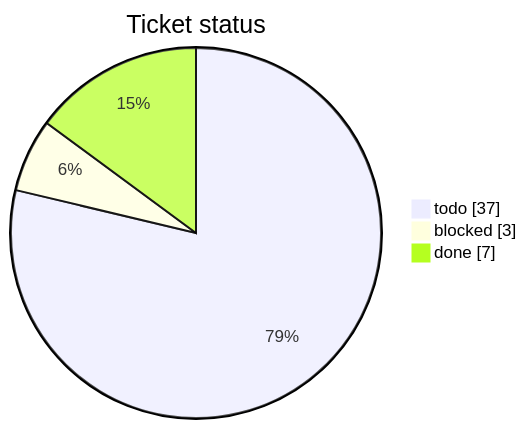
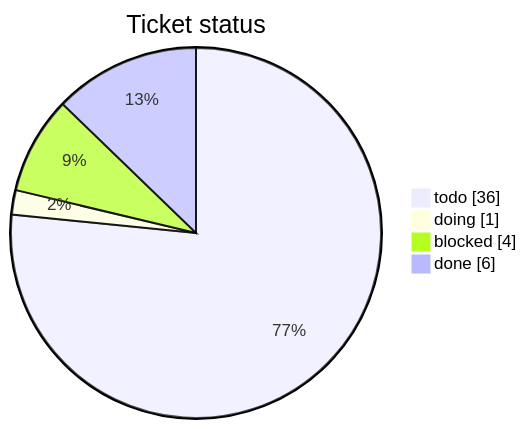
One commit to mohamed-soubhi/bootlab-esp changed the first of 3 diagrams in tickets/TICKETS.md. Above: the diagram before and after it, drawn with Mermaid. The commit also changed other lines of this file and 1 other file, not shown here.

Commit message:
BL-012 doing: LABID parser fuzz target

````diff
--- a/tickets/TICKETS.md
+++ b/tickets/TICKETS.md
@@ -10,6 +10,7 @@
 ```mermaid
 pie showData title Ticket status
-    "todo" : 37
-    "blocked" : 3
-    "done" : 7
+    "todo" : 36
+    "doing" : 1
+    "blocked" : 4
+    "done" : 6
 ```
````
